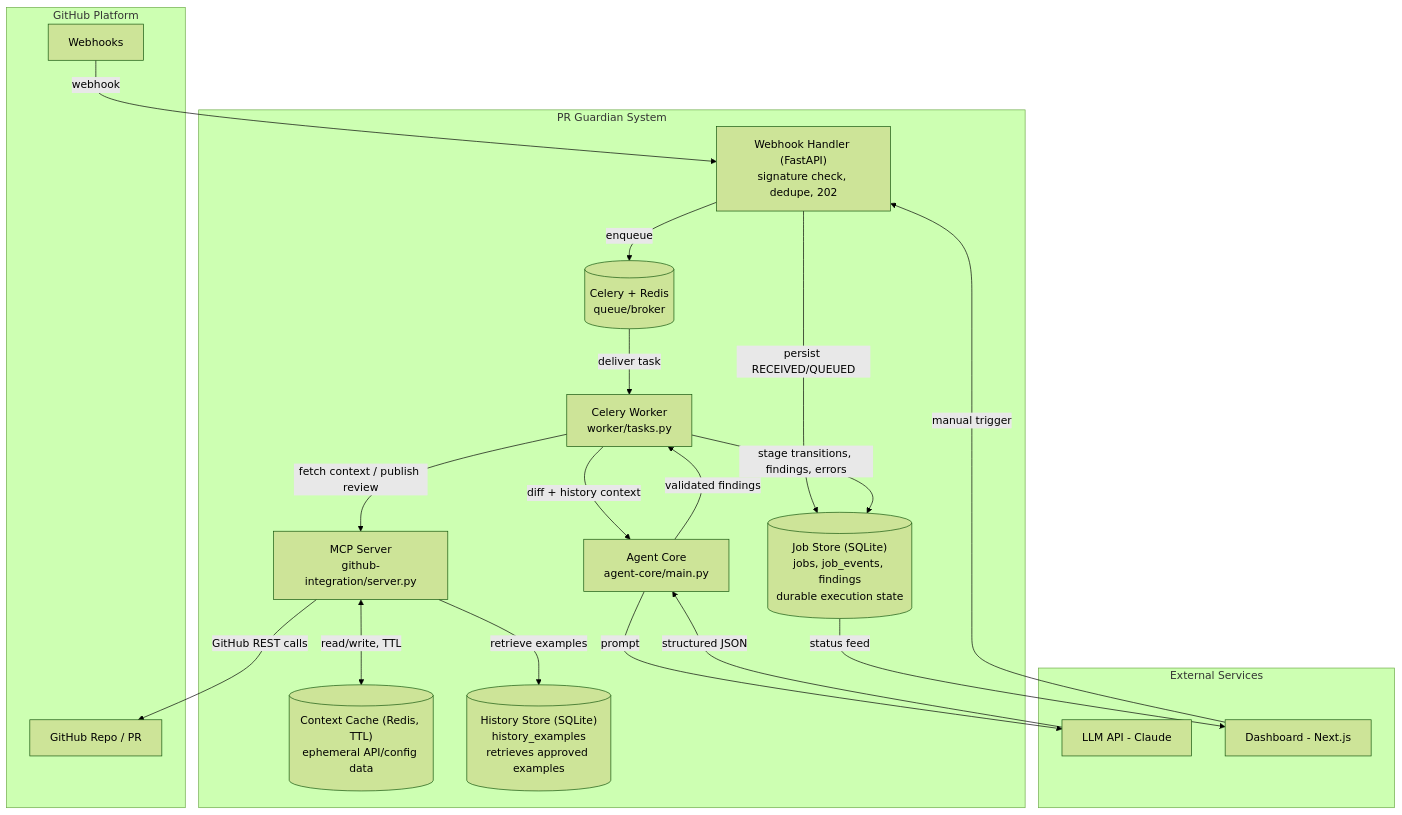
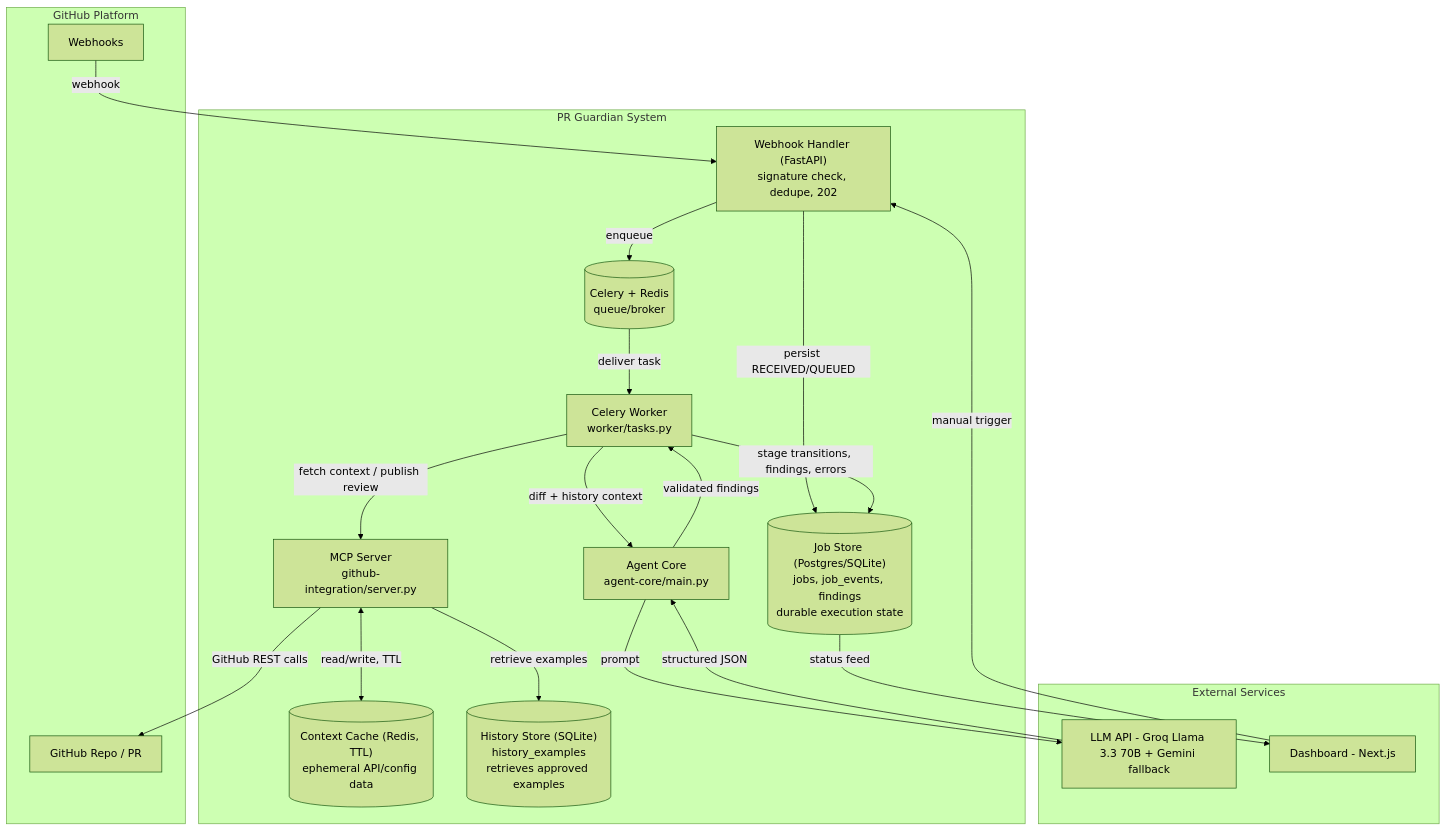
One commit to kubos777/pr-guardian changed the second of 3 diagrams in github-integration/ARCHITECTURE_DIAGRAMS.md. Above: the diagram before and after it, drawn with Mermaid (forest theme). The commit also changed other lines of this file and 1 other file, not shown here.

Commit message:
docs: add pitch and demo script for hackathon submission
Grounded in the real demo PR (kubos777/pr-guardian-demo#1) and the
existing e2e_trigger.py script: pitch structure, a 6-step live demo
script with real commands, judge Q&A prep, and slide export notes.
Also fixes 2 stale tech references in ARCHITECTURE_DIAGRAMS.md
(said Claude/SQLite; actual stack is Groq+Gemini/Postgres).

Rehearsal surfaced two real risks now documented inline: a stale
worker connection after Celery's Postgres migration (fixed by
restarting the worker before recording), and Groq/Gemini free-tier
rate limits that make repeated rehearsals risky right before the
real take.

````diff
--- a/github-integration/ARCHITECTURE_DIAGRAMS.md
+++ b/github-integration/ARCHITECTURE_DIAGRAMS.md
@@ -87,43 +87,43 @@
 ```mermaid
 graph TB
     subgraph "GitHub Platform"
         GH[GitHub Repo / PR]
         WHK[Webhooks]
     end
 
     subgraph "PR Guardian System"
         WH["Webhook Handler (FastAPI)<br/>signature check, dedupe, 202"]
         BROKER[("Celery + Redis<br/>queue/broker")]
         WRK["Celery Worker<br/>worker/tasks.py"]
         MCP["MCP Server<br/>github-integration/server.py"]
         AGENT["Agent Core<br/>agent-core/main.py"]
 
-        JOBSTORE[("Job Store (SQLite)<br/>jobs, job_events, findings<br/>durable execution state")]
+        JOBSTORE[("Job Store (Postgres/SQLite)<br/>jobs, job_events, findings<br/>durable execution state")]
         CACHE[("Context Cache (Redis, TTL)<br/>ephemeral API/config data")]
         HISTORY[("History Store (SQLite)<br/>history_examples<br/>retrieves approved examples")]
     end
 
     subgraph "External Services"
-        LLM[LLM API - Claude]
+        LLM[LLM API - Groq Llama 3.3 70B + Gemini fallback]
         DASH[Dashboard - Next.js]
     end
 
     WHK -->|webhook| WH
     WH -->|persist RECEIVED/QUEUED| JOBSTORE
     WH -->|enqueue| BROKER
     BROKER -->|deliver task| WRK
 
     WRK -->|fetch context / publish review| MCP
     MCP -->|GitHub REST calls| GH
     MCP <-->|read/write, TTL| CACHE
     MCP -->|retrieve examples| HISTORY
 
     WRK -->|diff + history context| AGENT
     AGENT -->|prompt| LLM
     LLM -->|structured JSON| AGENT
     AGENT -->|validated findings| WRK
 
     WRK -->|stage transitions, findings, errors| JOBSTORE
     JOBSTORE -->|status feed| DASH
     DASH -->|manual trigger| WH
 ```
````
